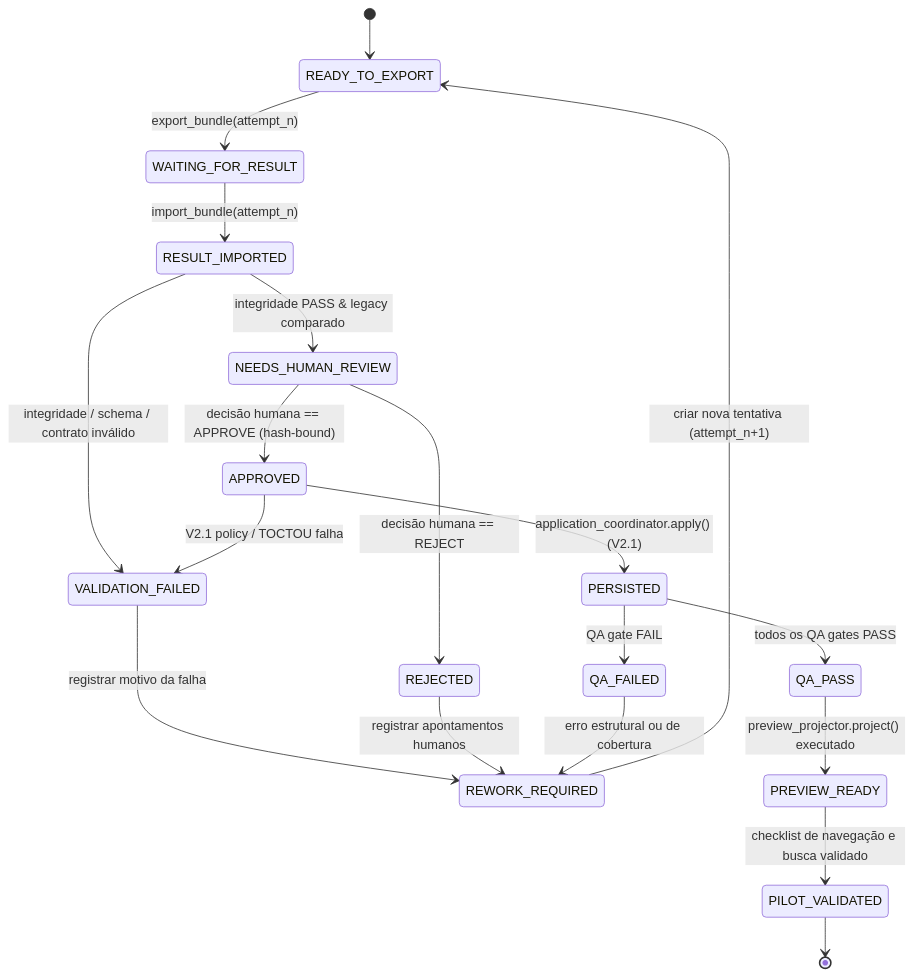
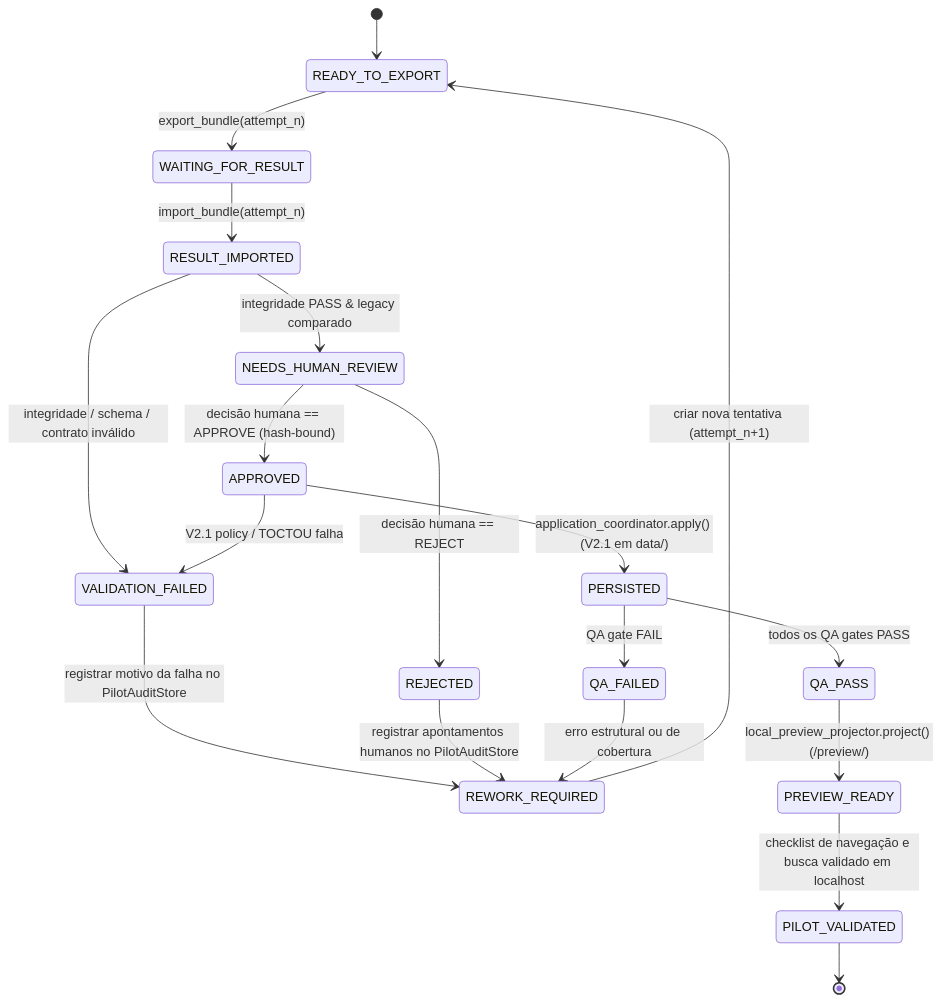
Before and after one commit to SaruAkaza/daemon: the diagram in docs/superpowers/specs/2026-09-08-pilot-content-pipeline-v2-2-design.md, drawn with Mermaid. The commit also changed other lines of this file, not shown here.

Commit message:
docs: isolate v2.2 preview and audit authority

````diff
--- a/docs/superpowers/specs/2026-09-08-pilot-content-pipeline-v2-2-design.md
+++ b/docs/superpowers/specs/2026-09-08-pilot-content-pipeline-v2-2-design.md
@@ -211,30 +250,30 @@
 ```mermaid
 stateDiagram-v2
     [*] --> READY_TO_EXPORT
     READY_TO_EXPORT --> WAITING_FOR_RESULT: export_bundle(attempt_n)
     
     WAITING_FOR_RESULT --> RESULT_IMPORTED: import_bundle(attempt_n)
     
     RESULT_IMPORTED --> VALIDATION_FAILED: integridade / schema / contrato inválido
-    VALIDATION_FAILED --> REWORK_REQUIRED: registrar motivo da falha
+    VALIDATION_FAILED --> REWORK_REQUIRED: registrar motivo da falha no PilotAuditStore
     
     RESULT_IMPORTED --> NEEDS_HUMAN_REVIEW: integridade PASS & legacy comparado
     
     NEEDS_HUMAN_REVIEW --> REJECTED: decisão humana == REJECT
-    REJECTED --> REWORK_REQUIRED: registrar apontamentos humanos
+    REJECTED --> REWORK_REQUIRED: registrar apontamentos humanos no PilotAuditStore
     
     REWORK_REQUIRED --> READY_TO_EXPORT: criar nova tentativa (attempt_n+1)
     
     NEEDS_HUMAN_REVIEW --> APPROVED: decisão humana == APPROVE (hash-bound)
     
-    APPROVED --> PERSISTED: application_coordinator.apply() (V2.1)
+    APPROVED --> PERSISTED: application_coordinator.apply() (V2.1 em data/)
     APPROVED --> VALIDATION_FAILED: V2.1 policy / TOCTOU falha
     
     PERSISTED --> QA_PASS: todos os QA gates PASS
     PERSISTED --> QA_FAILED: QA gate FAIL
     QA_FAILED --> REWORK_REQUIRED: erro estrutural ou de cobertura
     
-    QA_PASS --> PREVIEW_READY: preview_projector.project() executado
-    PREVIEW_READY --> PILOT_VALIDATED: checklist de navegação e busca validado
+    QA_PASS --> PREVIEW_READY: local_preview_projector.project() (<runtime>/preview/)
+    PREVIEW_READY --> PILOT_VALIDATED: checklist de navegação e busca validado em localhost
     PILOT_VALIDATED --> [*]
 ```
````
